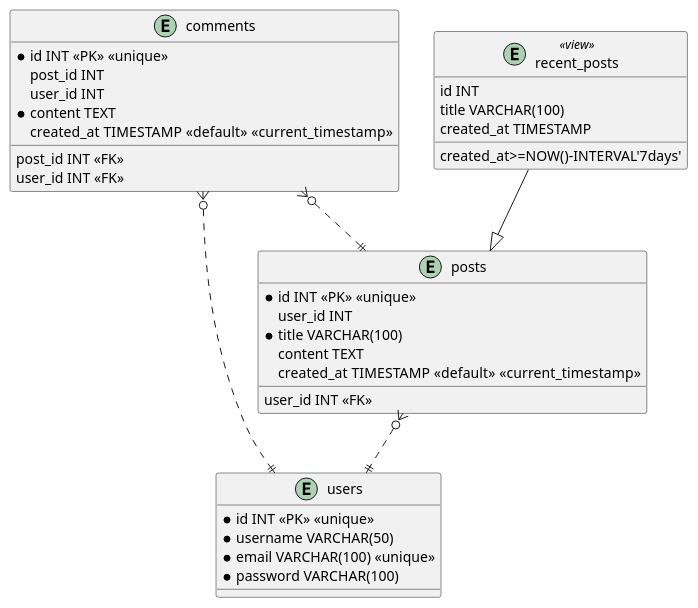
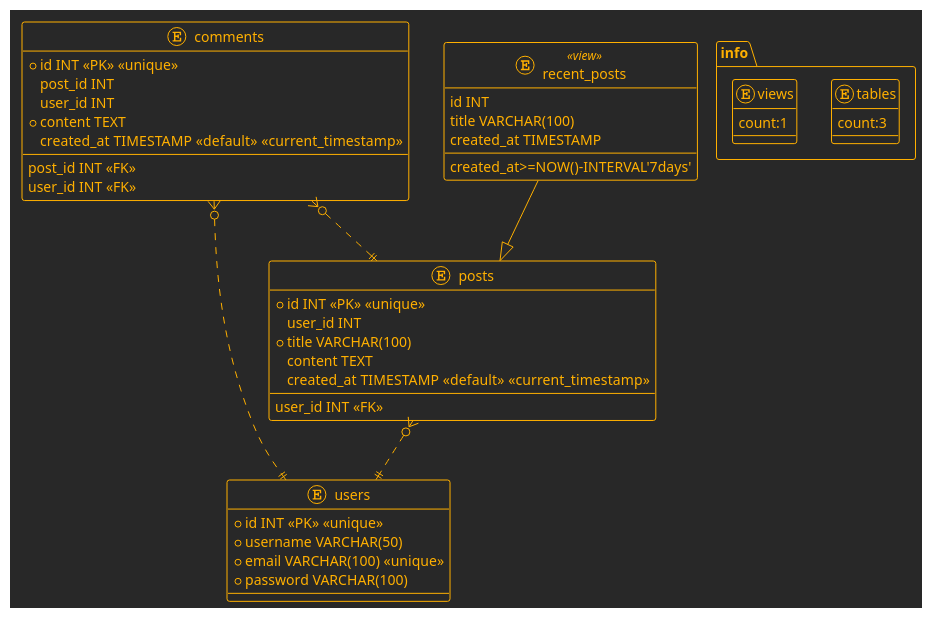
The diagram in output/outputdiagram.puml (jsromero98/ddl2umltranslator), drawn with PlantUML before and after one commit. The commit also changed 41 other files, not shown here.

```diff
--- a/output/outputdiagram.puml
+++ b/output/outputdiagram.puml
@@ -1,43 +1,54 @@
 @startuml 
+ !theme crt-amber 
 entity users { 
 {field}* id INT << PK >> << unique >> 
 {field}* username VARCHAR(50) 
 {field}* email VARCHAR(100) << unique >>  
 {field}* password VARCHAR(100) 
 } 
  
  
 entity posts { 
 {field}* id INT << PK >> << unique >> 
 {field}user_id INT 
 {field}* title VARCHAR(100) 
 {field}content TEXT 
 {field}created_at TIMESTAMP << default >>  << current_timestamp >>  
 {method} user_id INT <<FK>> 
 } 
  
 posts }o..|| users 
  
 entity comments { 
 {field}* id INT << PK >> << unique >> 
 {field}post_id INT 
 {field}user_id INT 
 {field}* content TEXT 
 {field}created_at TIMESTAMP << default >>  << current_timestamp >>  
 {method} post_id INT <<FK>> 
 {method} user_id INT <<FK>> 
 } 
  
 comments }o..|| posts 
 comments }o..|| users 
  
 entity recent_posts << view >> { 
 {field} id INT 
 {field} title VARCHAR(100) 
 {field} created_at TIMESTAMP 
 {method} created_at>=NOW()-INTERVAL'7days' 
 } 
  
  recent_posts --|> posts 
 
+
+ package info { 
+entity tables{ 
+ {field} count:3
+}
+entity views{ 
+ {field} count:1
+}
+}
+
  @enduml
```
